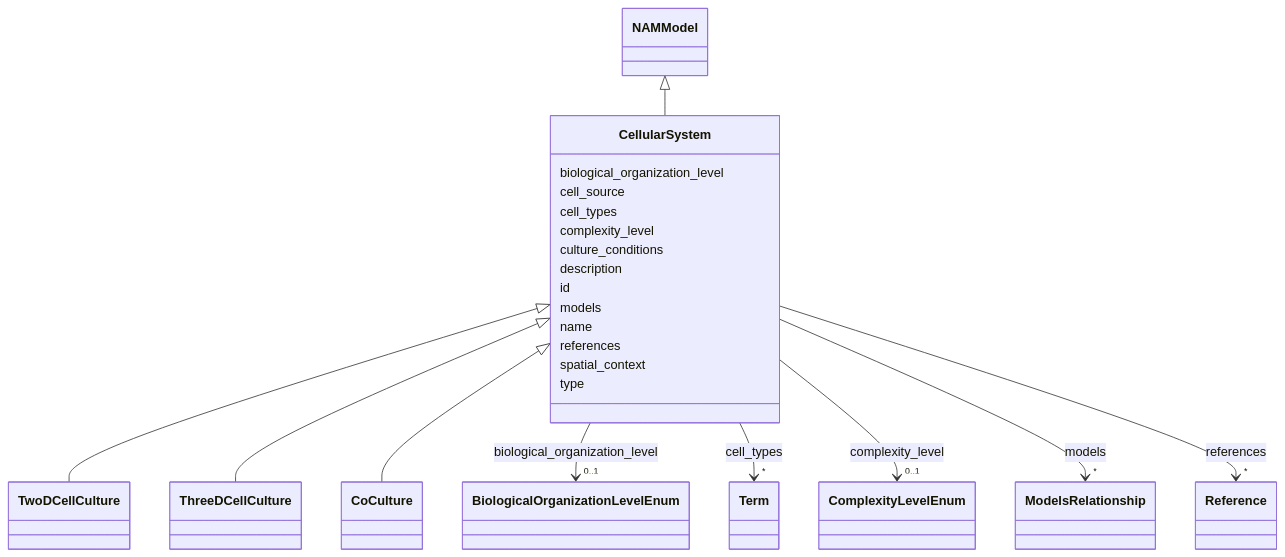
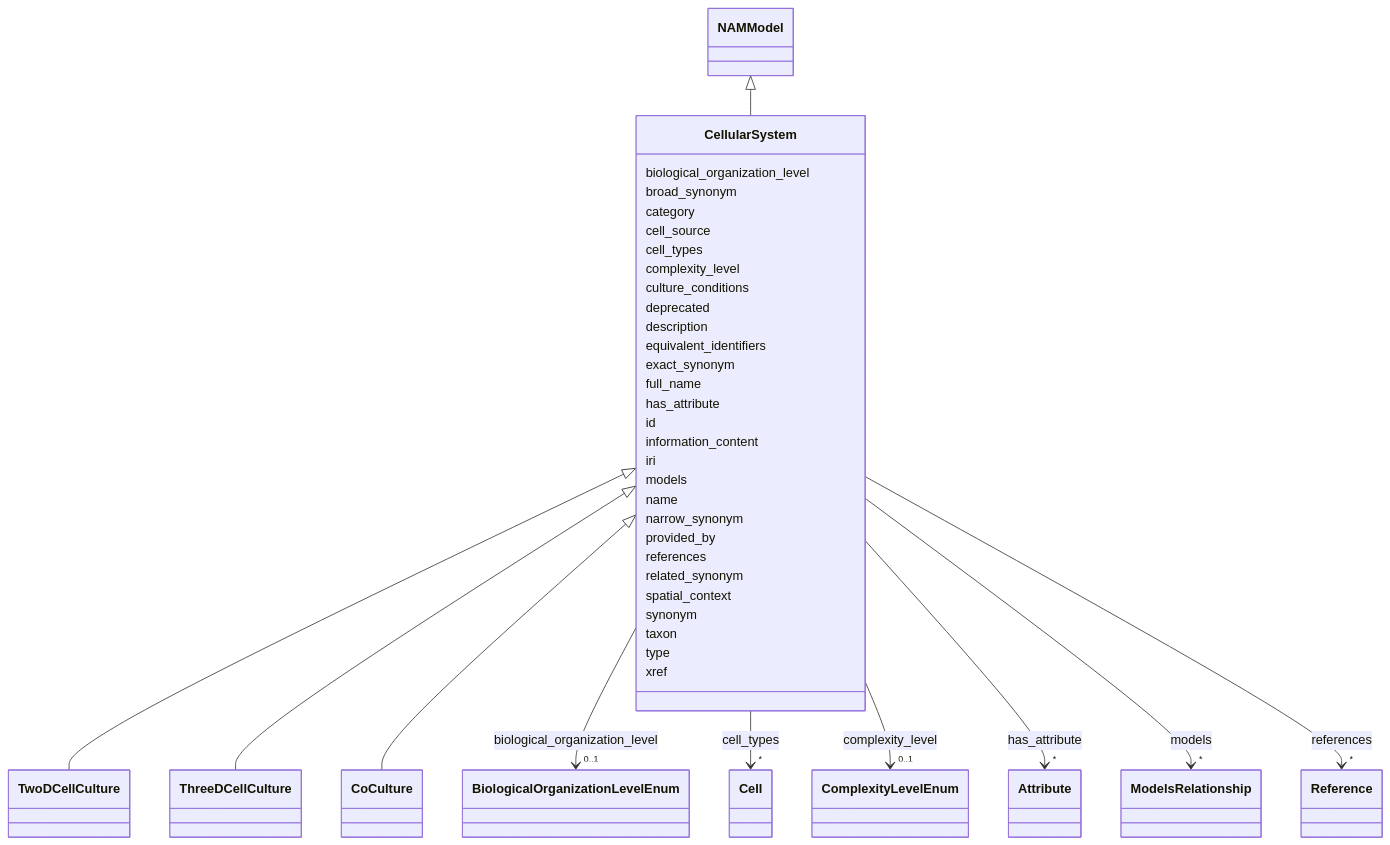
Before and after one commit to monarch-initiative/namo: the diagram in docs/elements/CellularSystem.md, drawn with Mermaid. The commit also changed other lines of this file and 1232 other files, not shown here.

````diff
--- a/docs/elements/CellularSystem.md
+++ b/docs/elements/CellularSystem.md
@@ -44,6 +49,10 @@
     
 
         
+      CellularSystem : broad_synonym
+        
+      CellularSystem : category
+        
       CellularSystem : cell_source
         
       CellularSystem : cell_types
@@ -52,8 +61,8 @@
     
         
         
-        CellularSystem --> "*" Term : cell_types
-        click Term href "../Term/"
+        CellularSystem --> "*" Cell : cell_types
+        click Cell href "../Cell/"
     
 
         
@@ -70,9 +79,32 @@
         
       CellularSystem : culture_conditions
         
+      CellularSystem : deprecated
+        
       CellularSystem : description
         
+      CellularSystem : equivalent_identifiers
+        
+      CellularSystem : exact_synonym
+        
+      CellularSystem : full_name
+        
+      CellularSystem : has_attribute
+        
+          
+    
+        
+        
+        CellularSystem --> "*" Attribute : has_attribute
+        click Attribute href "../Attribute/"
+    
+
+        
       CellularSystem : id
+        
+      CellularSystem : information_content
+        
+      CellularSystem : iri
         
       CellularSystem : models
         
@@ -87,6 +119,10 @@
         
       CellularSystem : name
         
+      CellularSystem : narrow_synonym
+        
+      CellularSystem : provided_by
+        
       CellularSystem : references
         
           
@@ -98,9 +134,17 @@
     
 
         
+      CellularSystem : related_synonym
+        
       CellularSystem : spatial_context
+        
+      CellularSystem : synonym
+        
+      CellularSystem : taxon
         
       CellularSystem : type
         
+      CellularSystem : xref
+        
       
 ```
````
